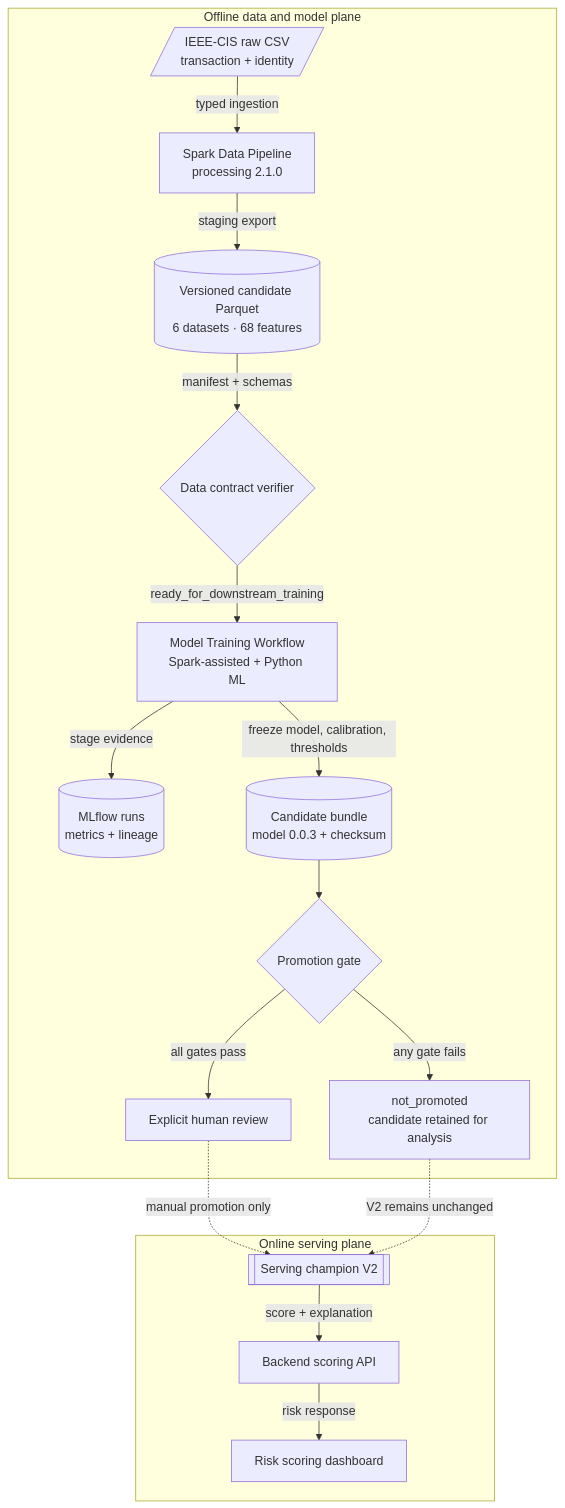
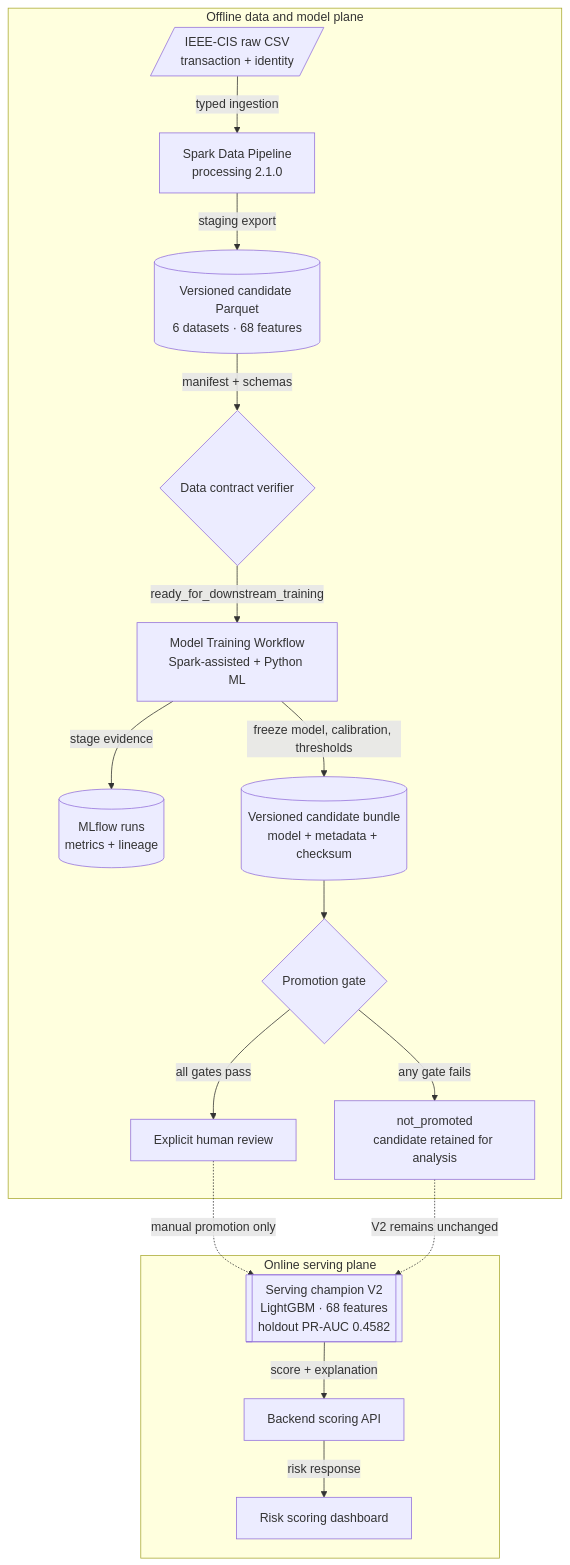
One commit to RocketUp-Team/Fraud-Detection-Score-Risk changed the first of 9 diagrams in docs/ARCHITECTURE_DIAGRAMS.md. Above: the diagram before and after it, drawn with Mermaid. The commit also changed other lines of this file and 14 other files, not shown here.

First line of the commit message:
Add Best Model V2 Serving Diagram and Update Documentation

````diff
--- a/docs/ARCHITECTURE_DIAGRAMS.md
+++ b/docs/ARCHITECTURE_DIAGRAMS.md
@@ -23,37 +24,37 @@
 ```mermaid
 flowchart TB
     subgraph OFFLINE["Offline data and model plane"]
         RAW[/"IEEE-CIS raw CSV<br/>transaction + identity"/]
         PIPE["Spark Data Pipeline<br/>processing 2.1.0"]
         DATA[("Versioned candidate Parquet<br/>6 datasets · 68 features")]
         VERIFY{"Data contract verifier"}
         TRAIN["Model Training Workflow<br/>Spark-assisted + Python ML"]
         MLFLOW[("MLflow runs<br/>metrics + lineage")]
-        BUNDLE[("Candidate bundle<br/>model 0.0.3 + checksum")]
+        BUNDLE[("Versioned candidate bundle<br/>model + metadata + checksum")]
         GATE{"Promotion gate"}
         REVIEW["Explicit human review"]
         NOT_PROMOTED["not_promoted<br/>candidate retained for analysis"]
 
         RAW -->|"typed ingestion"| PIPE
         PIPE -->|"staging export"| DATA
         DATA -->|"manifest + schemas"| VERIFY
         VERIFY -->|"ready_for_downstream_training"| TRAIN
         TRAIN -->|"stage evidence"| MLFLOW
         TRAIN -->|"freeze model, calibration, thresholds"| BUNDLE
         BUNDLE --> GATE
         GATE -->|"all gates pass"| REVIEW
         GATE -->|"any gate fails"| NOT_PROMOTED
     end
 
     subgraph ONLINE["Online serving plane"]
-        V2[["Serving champion V2"]]
+        V2[["Serving champion V2<br/>LightGBM · 68 features<br/>holdout PR-AUC 0.4582"]]
         API["Backend scoring API"]
         UI["Risk scoring dashboard"]
 
         V2 -->|"score + explanation"| API
         API -->|"risk response"| UI
     end
 
     REVIEW -.->|"manual promotion only"| V2
     NOT_PROMOTED -.->|"V2 remains unchanged"| V2
 ```
````
